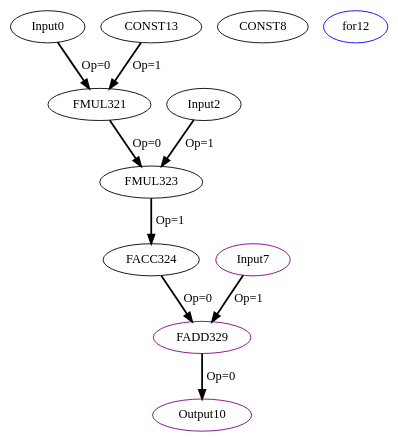
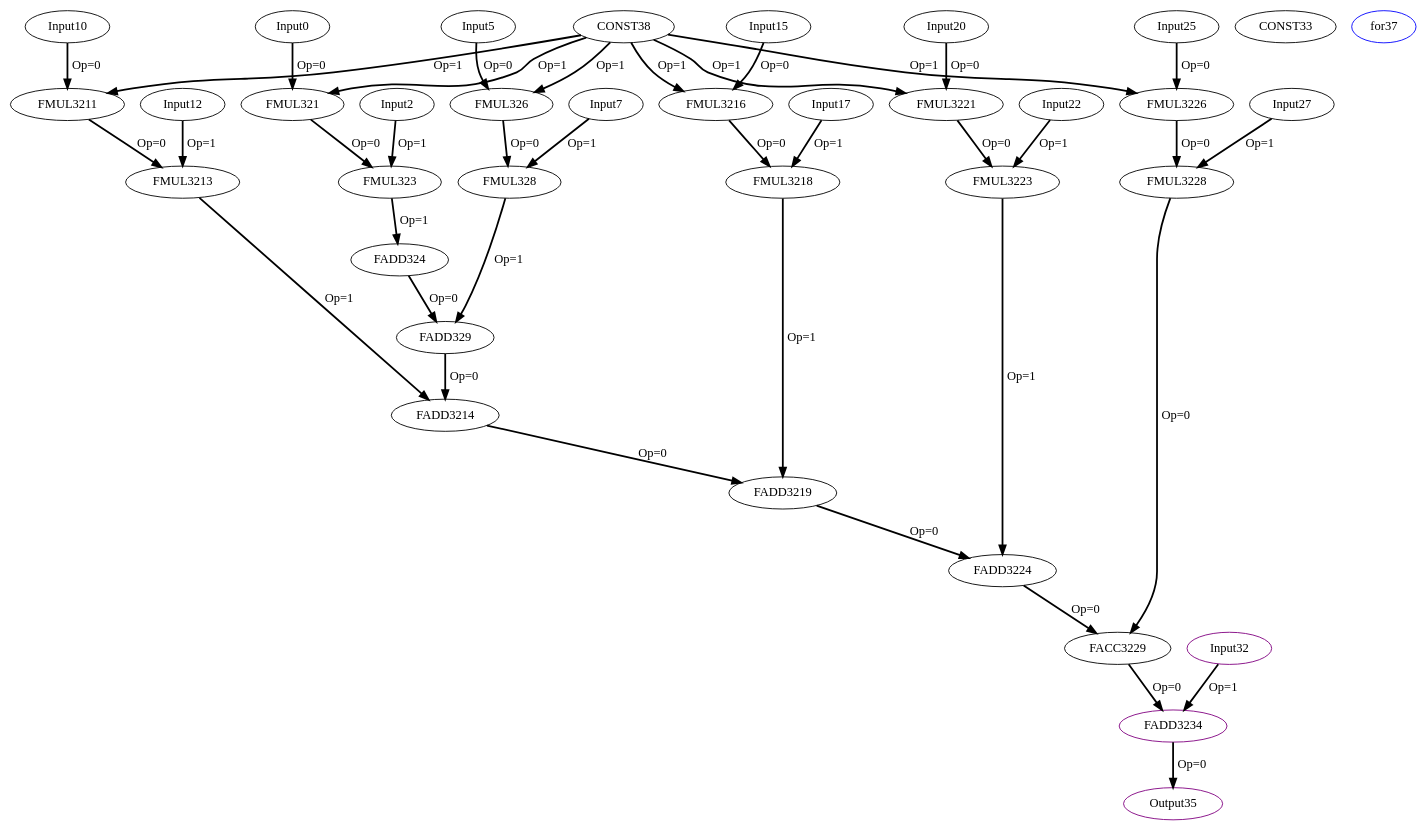
The diagram in experiment/Cbenchmarks/Polybench/linear-algebra/blas/gemm/IR/tempfiles/mapping/kernel_gemm_1_2_CDFG.dot (MIONkb/adora-compiler), drawn with Graphviz before and after one commit. The commit also changed 135 other files, not shown here.

```diff
--- a/experiment/Cbenchmarks/Polybench/linear-algebra/blas/gemm/IR/tempfiles/mapping/kernel_gemm_1_2_CDFG.dot
+++ b/experiment/Cbenchmarks/Polybench/linear-algebra/blas/gemm/IR/tempfiles/mapping/kernel_gemm_1_2_CDFG.dot
@@ -1,21 +1,76 @@
 Digraph G {
-Input0[opcode = "Input", ref_name="kernel_gemm_1_1", size="120", offset="0,0", pattern="4,30,-116,25", color = black];
+Input0[opcode = "Input", ref_name="kernel_gemm_1_1", size="120", offset="0,0", pattern="24,5,-96,25", color = black];
 FMUL321[opcode = "FMUL32", color = black];
-Input2[opcode = "Input", ref_name="kernel_gemm_1_2", size="3000", offset="0,0", pattern="100,30,-2896,25", color = black];
+Input2[opcode = "Input", ref_name="kernel_gemm_1_2", size="3000", offset="0,0", pattern="600,5,-2396,25", color = black];
 FMUL323[opcode = "FMUL32", color = black];
-FACC324[opcode = "FACC32", acc_params="0,30,1,25", acc_first=1, color = black];
-Input7[opcode = "Input", ref_name="kernel_gemm_1_0", size="100", offset="0,0", pattern="0,30,4,25", color = purple];
-CONST8[opcode = "CONST", value="0x00000000", color = black];
-FADD329[opcode = "FADD32", color = purple];
-Output10[opcode = "Output", ref_name="kernel_gemm_1_3", size="100", offset="0,0", pattern="0,30,4,25", color = purple];
-for12[opcode = "for", color = blue];
-CONST13[opcode = "CONST", value="0x3FC00000", color = black];
+FADD324[opcode = "FADD32", color = black];
+Input5[opcode = "Input", ref_name="kernel_gemm_1_1", size="120", offset="0,4", pattern="24,5,-96,25", color = black];
+FMUL326[opcode = "FMUL32", color = black];
+Input7[opcode = "Input", ref_name="kernel_gemm_1_2", size="3000", offset="0,100", pattern="600,5,-2396,25", color = black];
+FMUL328[opcode = "FMUL32", color = black];
+FADD329[opcode = "FADD32", color = black];
+Input10[opcode = "Input", ref_name="kernel_gemm_1_1", size="120", offset="0,8", pattern="24,5,-96,25", color = black];
+FMUL3211[opcode = "FMUL32", color = black];
+Input12[opcode = "Input", ref_name="kernel_gemm_1_2", size="3000", offset="0,200", pattern="600,5,-2396,25", color = black];
+FMUL3213[opcode = "FMUL32", color = black];
+FADD3214[opcode = "FADD32", color = black];
+Input15[opcode = "Input", ref_name="kernel_gemm_1_1", size="120", offset="0,12", pattern="24,5,-96,25", color = black];
+FMUL3216[opcode = "FMUL32", color = black];
+Input17[opcode = "Input", ref_name="kernel_gemm_1_2", size="3000", offset="0,300", pattern="600,5,-2396,25", color = black];
+FMUL3218[opcode = "FMUL32", color = black];
+FADD3219[opcode = "FADD32", color = black];
+Input20[opcode = "Input", ref_name="kernel_gemm_1_1", size="120", offset="0,16", pattern="24,5,-96,25", color = black];
+FMUL3221[opcode = "FMUL32", color = black];
+Input22[opcode = "Input", ref_name="kernel_gemm_1_2", size="3000", offset="0,400", pattern="600,5,-2396,25", color = black];
+FMUL3223[opcode = "FMUL32", color = black];
+FADD3224[opcode = "FADD32", color = black];
+Input25[opcode = "Input", ref_name="kernel_gemm_1_1", size="120", offset="0,20", pattern="24,5,-96,25", color = black];
+FMUL3226[opcode = "FMUL32", color = black];
+Input27[opcode = "Input", ref_name="kernel_gemm_1_2", size="3000", offset="0,500", pattern="600,5,-2396,25", color = black];
+FMUL3228[opcode = "FMUL32", color = black];
+FACC3229[opcode = "FACC32", acc_params="0,5,1,25", acc_first=1, color = black];
+Input32[opcode = "Input", ref_name="kernel_gemm_1_0", size="100", offset="0,0", pattern="0,5,4,25", color = purple];
+CONST33[opcode = "CONST", value="0x00000000", color = black];
+FADD3234[opcode = "FADD32", color = purple];
+Output35[opcode = "Output", ref_name="kernel_gemm_1_3", size="100", offset="0,0", pattern="0,5,4,25", color = purple];
+for37[opcode = "for", color = blue];
+CONST38[opcode = "CONST", value="0x3FC00000", color = black];
 Input0 -> FMUL321[color = black, style = bold, operand = 0, label = "Op=0"];
-CONST13 -> FMUL321[color = black, style = bold, operand = 1, label = "Op=1"];
+CONST38 -> FMUL321[color = black, style = bold, operand = 1, label = "Op=1"];
 FMUL321 -> FMUL323[color = black, style = bold, operand = 0, label = "Op=0"];
 Input2 -> FMUL323[color = black, style = bold, operand = 1, label = "Op=1"];
-FMUL323 -> FACC324[color = black, style = bold, operand = 1, label = "Op=1"];
-Input7 -> FADD329[color = black, style = bold, operand = 1, label = "Op=1"];
-FADD329 -> Output10[color = black, style = bold, operand = 0, label = "Op=0"];
-FACC324 -> FADD329[color = black, style = bold, operand = 0, label = "Op=0"];
+FMUL323 -> FADD324[color = black, style = bold, operand = 1, label = "Op=1"];
+Input5 -> FMUL326[color = black, style = bold, operand = 0, label = "Op=0"];
+CONST38 -> FMUL326[color = black, style = bold, operand = 1, label = "Op=1"];
+FMUL326 -> FMUL328[color = black, style = bold, operand = 0, label = "Op=0"];
+Input7 -> FMUL328[color = black, style = bold, operand = 1, label = "Op=1"];
+FADD324 -> FADD329[color = black, style = bold, operand = 0, label = "Op=0"];
+FMUL328 -> FADD329[color = black, style = bold, operand = 1, label = "Op=1"];
+Input10 -> FMUL3211[color = black, style = bold, operand = 0, label = "Op=0"];
+CONST38 -> FMUL3211[color = black, style = bold, operand = 1, label = "Op=1"];
+FMUL3211 -> FMUL3213[color = black, style = bold, operand = 0, label = "Op=0"];
+Input12 -> FMUL3213[color = black, style = bold, operand = 1, label = "Op=1"];
+FADD329 -> FADD3214[color = black, style = bold, operand = 0, label = "Op=0"];
+FMUL3213 -> FADD3214[color = black, style = bold, operand = 1, label = "Op=1"];
+Input15 -> FMUL3216[color = black, style = bold, operand = 0, label = "Op=0"];
+CONST38 -> FMUL3216[color = black, style = bold, operand = 1, label = "Op=1"];
+FMUL3216 -> FMUL3218[color = black, style = bold, operand = 0, label = "Op=0"];
+Input17 -> FMUL3218[color = black, style = bold, operand = 1, label = "Op=1"];
+FADD3214 -> FADD3219[color = black, style = bold, operand = 0, label = "Op=0"];
+FMUL3218 -> FADD3219[color = black, style = bold, operand = 1, label = "Op=1"];
+Input20 -> FMUL3221[color = black, style = bold, operand = 0, label = "Op=0"];
+CONST38 -> FMUL3221[color = black, style = bold, operand = 1, label = "Op=1"];
+FMUL3221 -> FMUL3223[color = black, style = bold, operand = 0, label = "Op=0"];
+Input22 -> FMUL3223[color = black, style = bold, operand = 1, label = "Op=1"];
+FADD3219 -> FADD3224[color = black, style = bold, operand = 0, label = "Op=0"];
+FMUL3223 -> FADD3224[color = black, style = bold, operand = 1, label = "Op=1"];
+Input25 -> FMUL3226[color = black, style = bold, operand = 0, label = "Op=0"];
+CONST38 -> FMUL3226[color = black, style = bold, operand = 1, label = "Op=1"];
+FMUL3226 -> FMUL3228[color = black, style = bold, operand = 0, label = "Op=0"];
+Input27 -> FMUL3228[color = black, style = bold, operand = 1, label = "Op=1"];
+FADD3224 -> FACC3229[color = black, style = bold, operand = 0, label = "Op=0"];
+FMUL3228 -> FACC3229[color = black, style = bold, operand = 0, label = "Op=0"];
+Input32 -> FADD3234[color = black, style = bold, operand = 1, label = "Op=1"];
+FADD3234 -> Output35[color = black, style = bold, operand = 0, label = "Op=0"];
+FACC3229 -> FADD3234[color = black, style = bold, operand = 0, label = "Op=0"];
 }
```
